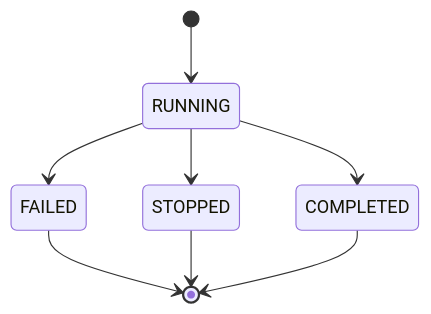
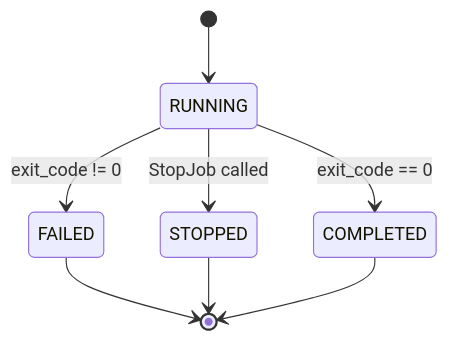
The second of 4 diagrams in docs/design.md (drrev/telehandler), drawn with Mermaid before and after one commit. The commit also changed other lines of this file, not shown here.

Commit message:
clarify job states

````diff
--- a/docs/design.md
+++ b/docs/design.md
@@ -65,10 +65,10 @@
 ```mermaid
 stateDiagram-v2
     [*] --> RUNNING
-    RUNNING --> FAILED
+    RUNNING --> FAILED: exit_code != 0
     FAILED --> [*]
-    RUNNING --> COMPLETED
-    RUNNING --> STOPPED
+    RUNNING --> COMPLETED: exit_code == 0
+    RUNNING --> STOPPED: StopJob called
     STOPPED --> [*]
     COMPLETED --> [*]
 ```
````
